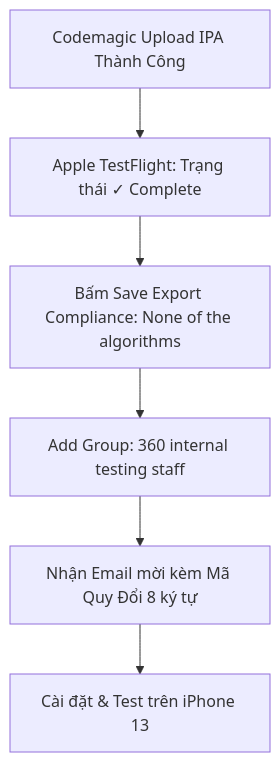
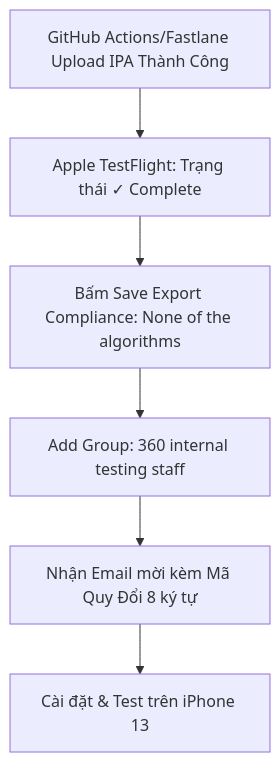
Before and after one commit to 360org/vcloud: the diagram in docs/IOS_TESTFLIGHT_AUTOMATION_GUIDE.md, drawn with Mermaid. The commit also changed other lines of this file and 51 other files, not shown here.

````diff
--- a/docs/IOS_TESTFLIGHT_AUTOMATION_GUIDE.md
+++ b/docs/IOS_TESTFLIGHT_AUTOMATION_GUIDE.md
@@ -66,8 +69,8 @@
 ```mermaid
 graph TD
-    A[Codemagic Upload IPA Thành Công] --> B[Apple TestFlight: Trạng thái ✓ Complete]
+    A[GitHub Actions/Fastlane Upload IPA Thành Công] --> B[Apple TestFlight: Trạng thái ✓ Complete]
     B --> C[Bấm Save Export Compliance: None of the algorithms]
     C --> D[Add Group: 360 internal testing staff]
     D --> E[Nhận Email mời kèm Mã Quy Đổi 8 ký tự]
     E --> F[Cài đặt & Test trên iPhone 13]
 ```
````
